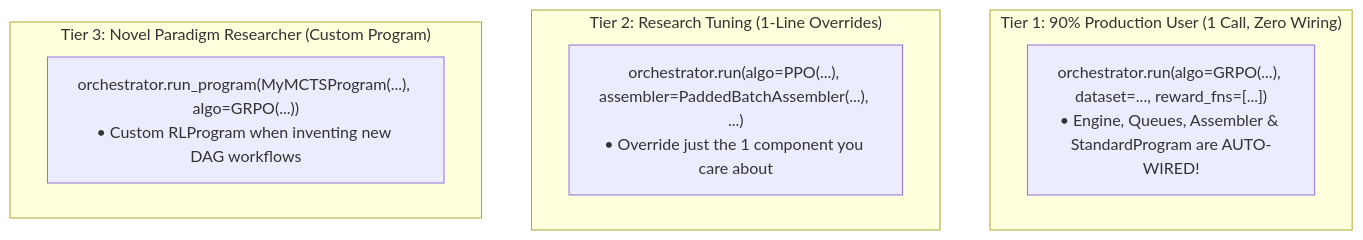
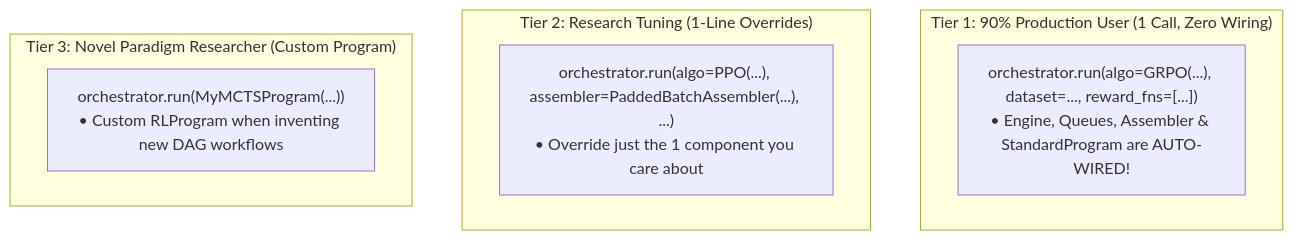
The third of 6 diagrams in tunix/experimental/docs/orchestrator_plan_v2.md (google/tunix), drawn with Mermaid before and after one commit. The commit also changed 5 other files, not shown here.

Commit message:
consolidate run and run_program

````diff
--- a/tunix/experimental/docs/orchestrator_plan_v2.md
+++ b/tunix/experimental/docs/orchestrator_plan_v2.md
@@ -108,14 +108,14 @@
 ```mermaid
 graph TD
     subgraph T1 ["Tier 1: 90% Production User (1 Call, Zero Wiring)"]
         E1["orchestrator.run(algo=GRPO(...), dataset=..., reward_fns=[...])<br/>• Engine, Queues, Assembler & StandardProgram are AUTO-WIRED!"]
     end
 
     subgraph T2 ["Tier 2: Research Tuning (1-Line Overrides)"]
         E2["orchestrator.run(algo=PPO(...), assembler=PaddedBatchAssembler(...), ...)<br/>• Override just the 1 component you care about"]
     end
 
     subgraph T3 ["Tier 3: Novel Paradigm Researcher (Custom Program)"]
-        E3["orchestrator.run_program(MyMCTSProgram(...), algo=GRPO(...))<br/>• Custom RLProgram when inventing new DAG workflows"]
+        E3["orchestrator.run(MyMCTSProgram(...))<br/>• Custom RLProgram when inventing new DAG workflows"]
     end
 ```
````
